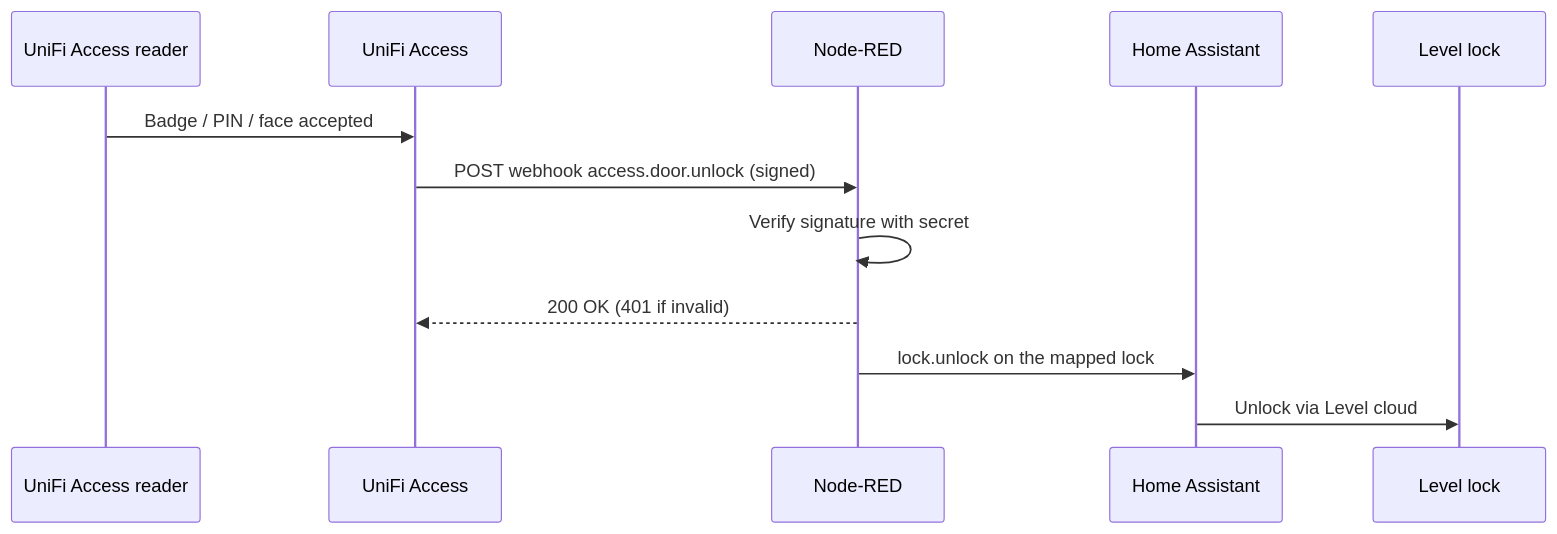
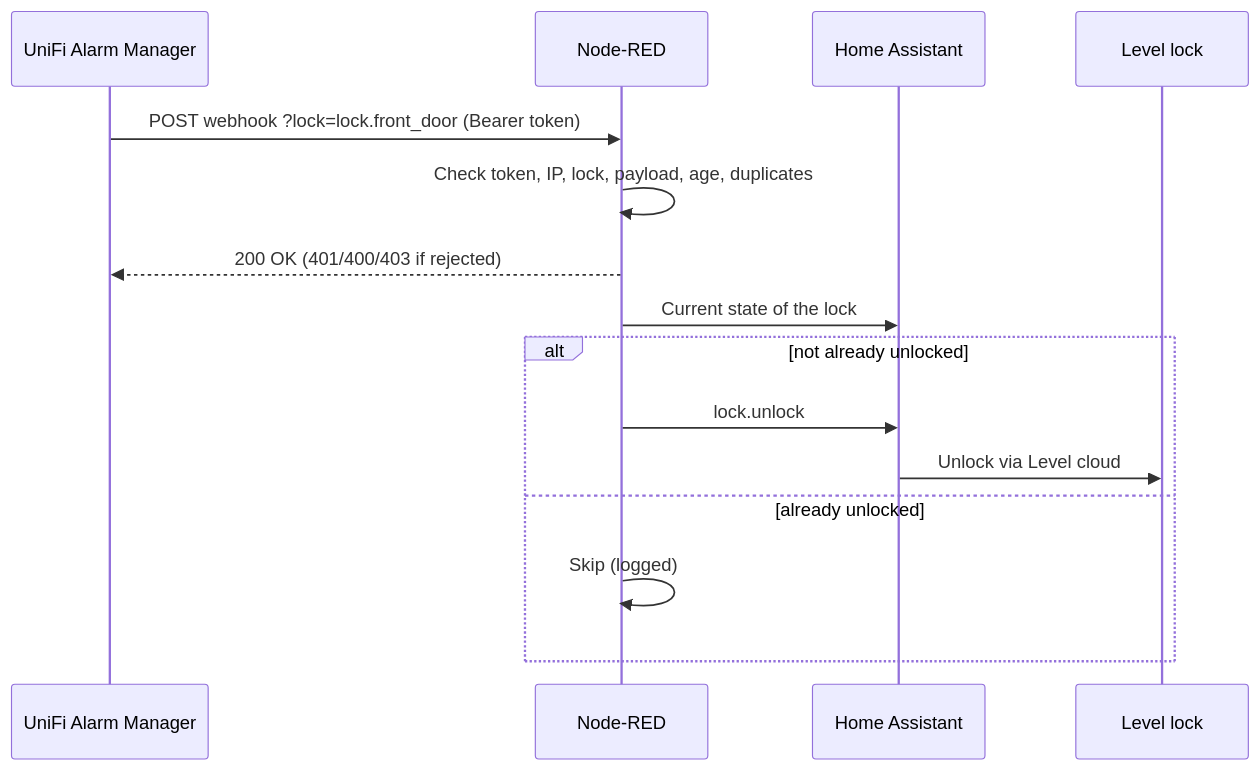
One commit to dustyman145/ha-level-lock-cloud changed the diagram in examples/README.md. Above: the diagram before and after it, drawn with Mermaid. The commit also changed other lines of this file and 3 other files, not shown here.

First line of the commit message:
Replace UniFi Access example with Alarm Manager webhook flow

````diff
--- a/examples/README.md
+++ b/examples/README.md
@@ -14,14 +14,17 @@
 ```mermaid
 sequenceDiagram
-    participant R as UniFi Access reader
-    participant U as UniFi Access
+    participant A as UniFi Alarm Manager
     participant N as Node-RED
     participant H as Home Assistant
     participant L as Level lock
-    R->>U: Badge / PIN / face accepted
-    U->>N: POST webhook access.door.unlock (signed)
-    N->>N: Verify signature with secret
-    N-->>U: 200 OK (401 if invalid)
-    N->>H: lock.unlock on the mapped lock
-    H->>L: Unlock via Level cloud
+    A->>N: POST webhook ?lock=lock.front_door (Bearer token)
+    N->>N: Check token, IP, lock, payload, age, duplicates
+    N-->>A: 200 OK (401/400/403 if rejected)
+    N->>H: Current state of the lock
+    alt not already unlocked
+        N->>H: lock.unlock
+        H->>L: Unlock via Level cloud
+    else already unlocked
+        N->>N: Skip (logged)
+    end
 ```
````
